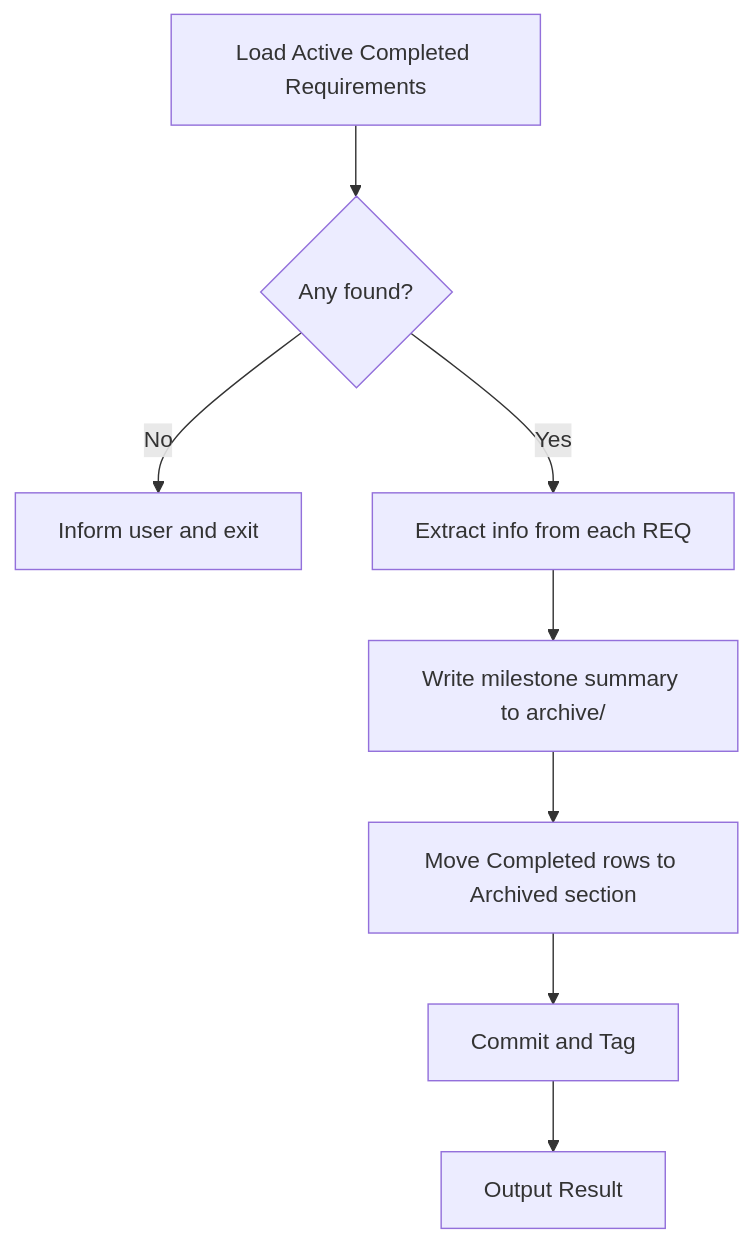
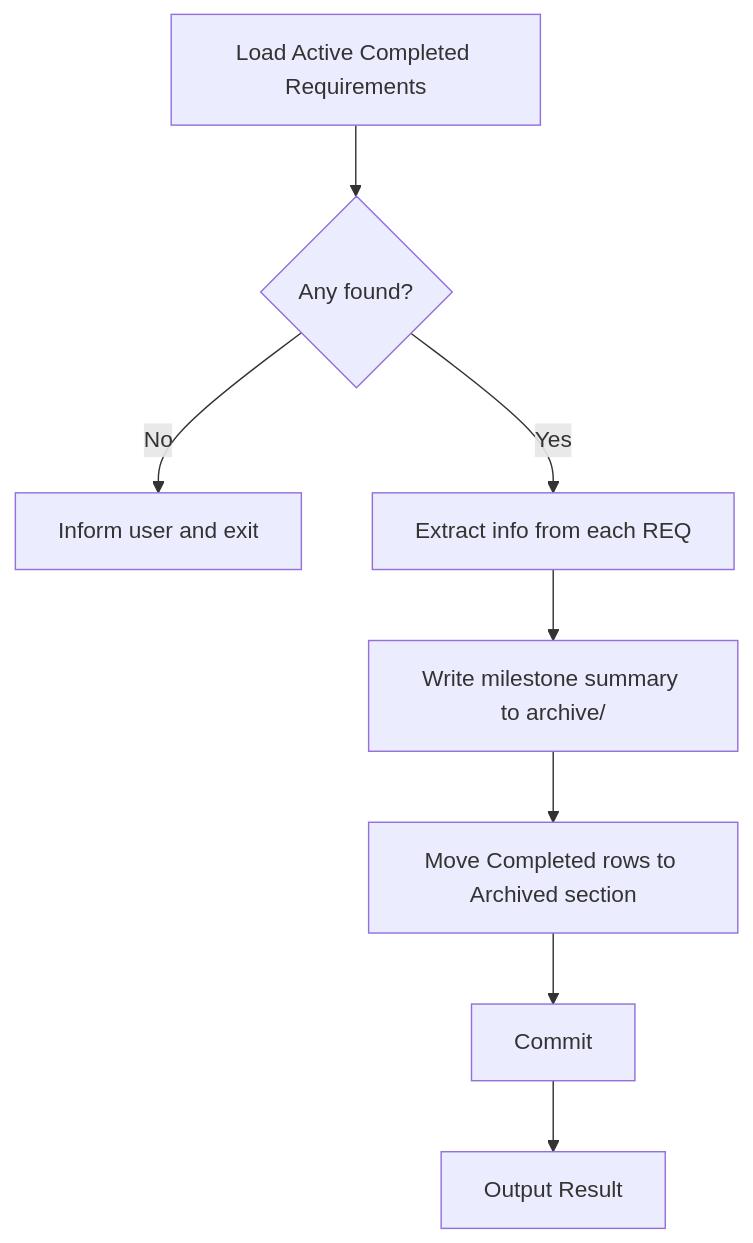
The third of 4 diagrams in req-archive/SKILL.md (GOODDAYDAY/my-skills), drawn with Mermaid before and after one commit. The commit also changed other lines of this file and 19 other files, not shown here.

````diff
--- a/req-archive/SKILL.md
+++ b/req-archive/SKILL.md
@@ -37,10 +37,10 @@
 ```mermaid
 flowchart TD
     A[Load Active Completed Requirements] --> B{Any found?}
     B -- No --> C[Inform user and exit]
     B -- Yes --> D[Extract info from each REQ]
     D --> E[Write milestone summary to archive/]
     E --> F[Move Completed rows to Archived section]
-    F --> G[Commit and Tag]
+    F --> G[Commit]
     G --> H[Output Result]
 ```
````
